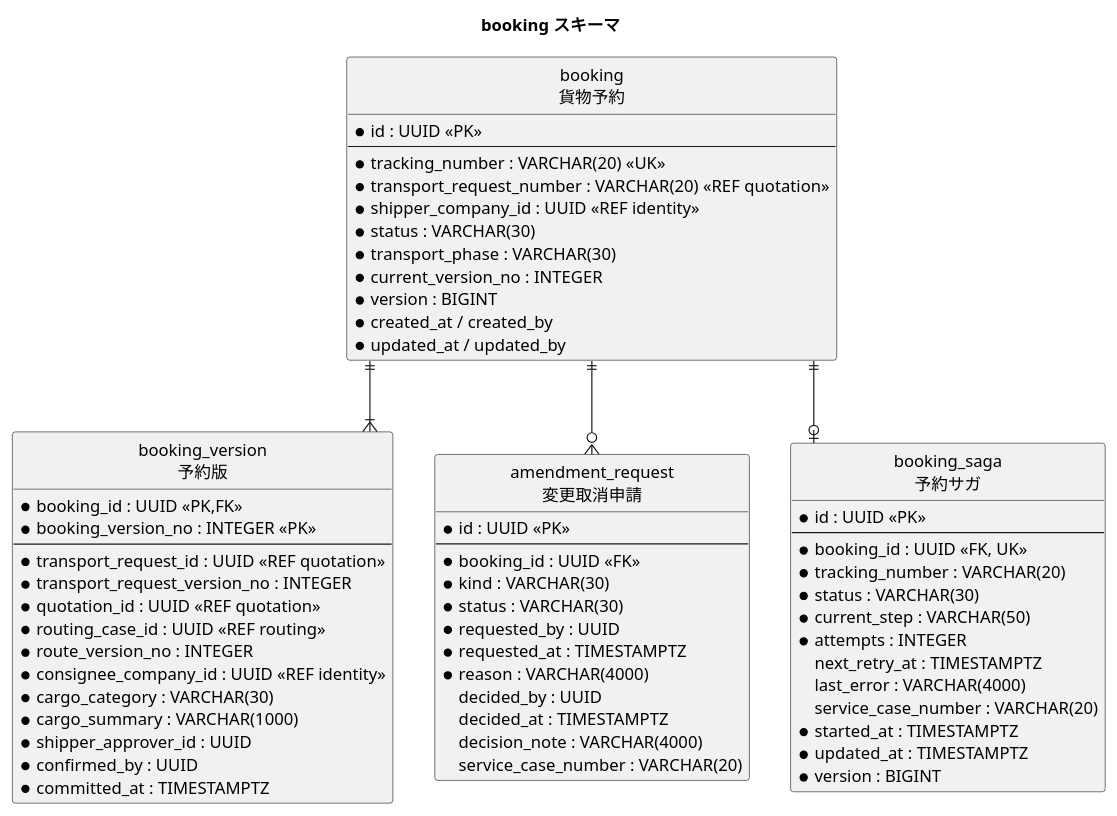
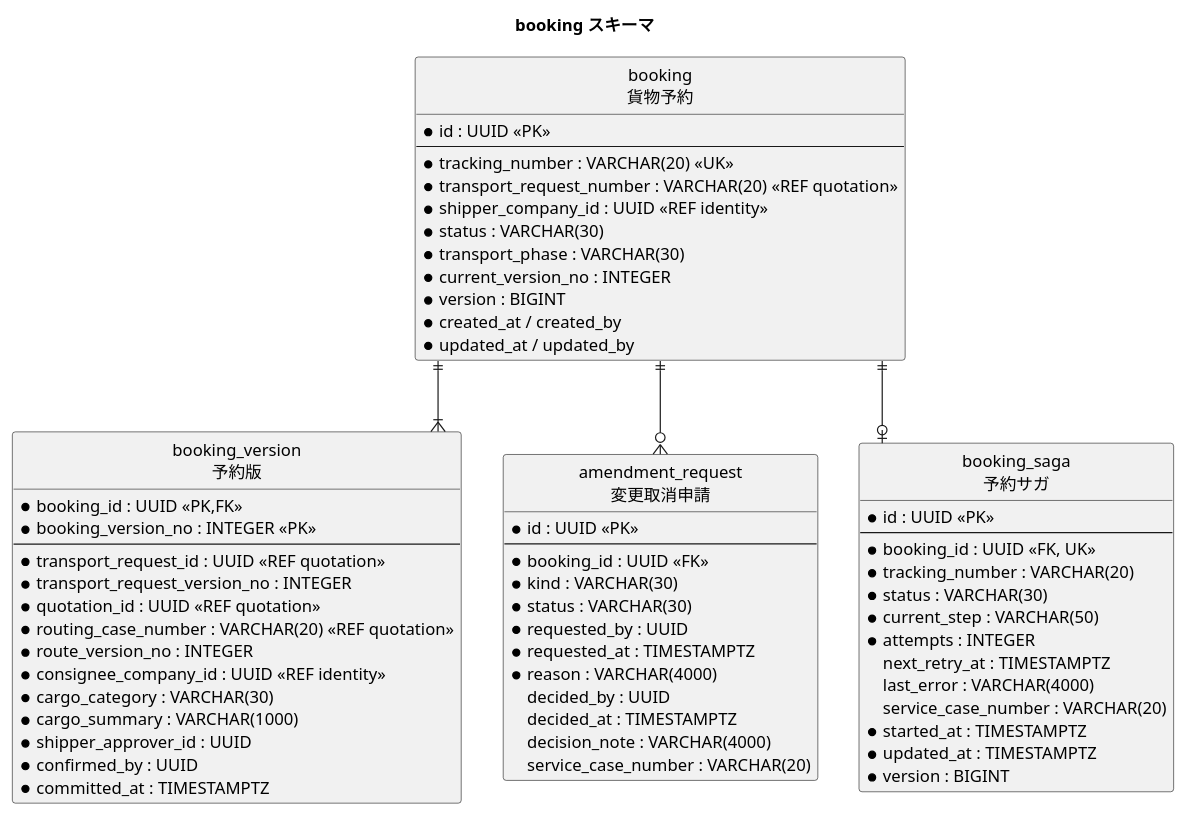
Before and after one commit to k2works/practical-domain-driven-design-in-enterpris-application: the fourth of 8 diagrams in docs/design/cargo-tracker/data_model.md, drawn with PlantUML. The commit also changed other lines of this file and 6 other files, not shown here.

````diff
--- a/docs/design/cargo-tracker/data_model.md
+++ b/docs/design/cargo-tracker/data_model.md
@@ -516,69 +516,69 @@
 ```plantuml
 @startuml
 title booking スキーマ
 hide circle
 skinparam linetype ortho
 
 entity "booking\n貨物予約" as b {
   * id : UUID <<PK>>
   --
   * tracking_number : VARCHAR(20) <<UK>>
   * transport_request_number : VARCHAR(20) <<REF quotation>>
   * shipper_company_id : UUID <<REF identity>>
   * status : VARCHAR(30)
   * transport_phase : VARCHAR(30)
   * current_version_no : INTEGER
   * version : BIGINT
   * created_at / created_by
   * updated_at / updated_by
 }
 entity "booking_version\n予約版" as bv {
   * booking_id : UUID <<PK,FK>>
   * booking_version_no : INTEGER <<PK>>
   --
   * transport_request_id : UUID <<REF quotation>>
   * transport_request_version_no : INTEGER
   * quotation_id : UUID <<REF quotation>>
-  * routing_case_id : UUID <<REF routing>>
+  * routing_case_number : VARCHAR(20) <<REF quotation>>
   * route_version_no : INTEGER
   * consignee_company_id : UUID <<REF identity>>
   * cargo_category : VARCHAR(30)
   * cargo_summary : VARCHAR(1000)
   * shipper_approver_id : UUID
   * confirmed_by : UUID
   * committed_at : TIMESTAMPTZ
 }
 entity "amendment_request\n変更取消申請" as ar {
   * id : UUID <<PK>>
   --
   * booking_id : UUID <<FK>>
   * kind : VARCHAR(30)
   * status : VARCHAR(30)
   * requested_by : UUID
   * requested_at : TIMESTAMPTZ
   * reason : VARCHAR(4000)
   decided_by : UUID
   decided_at : TIMESTAMPTZ
   decision_note : VARCHAR(4000)
   service_case_number : VARCHAR(20)
 }
 entity "booking_saga\n予約サガ" as saga {
   * id : UUID <<PK>>
   --
   * booking_id : UUID <<FK, UK>>
   * tracking_number : VARCHAR(20)
   * status : VARCHAR(30)
   * current_step : VARCHAR(50)
   * attempts : INTEGER
   next_retry_at : TIMESTAMPTZ
   last_error : VARCHAR(4000)
   service_case_number : VARCHAR(20)
   * started_at : TIMESTAMPTZ
   * updated_at : TIMESTAMPTZ
   * version : BIGINT
 }
 b ||--|{ bv
 b ||--o{ ar
 b ||--o| saga
 @enduml
 ```
````
